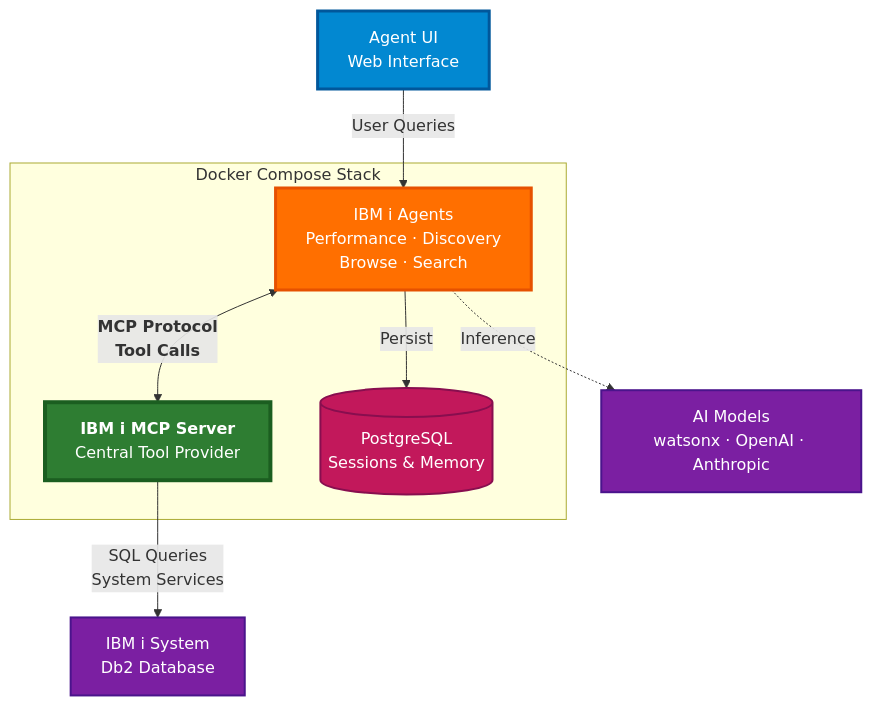
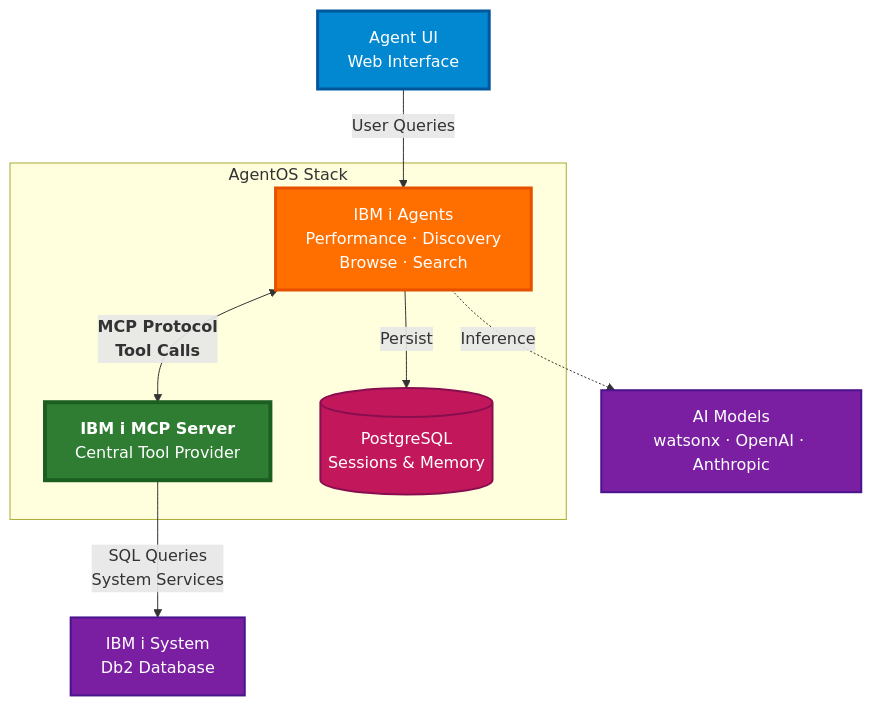
Before and after one commit to IBM/ibmi-mcp-server: the diagram in agents/docker/ibmi-agent-infra/README.md, drawn with Mermaid.

Commit message:
update README to rename Docker Compose Stack to AgentOS Stack

````diff
--- a/agents/docker/ibmi-agent-infra/README.md
+++ b/agents/docker/ibmi-agent-infra/README.md
@@ -7,32 +7,32 @@
 ```mermaid
 graph TB
     UI[Agent UI<br/>Web Interface]
 
-    subgraph "Docker Compose Stack"
+    subgraph "AgentOS Stack"
         Agents[IBM i Agents<br/>Performance · Discovery<br/>Browse · Search]
         MCP[<b>IBM i MCP Server</b><br/>Central Tool Provider]
         DB[(PostgreSQL<br/>Sessions & Memory)]
     end
 
     LLM[AI Models<br/>watsonx · OpenAI · Anthropic]
     IBM_i[IBM i System<br/>Db2 Database]
 
     UI -->|User Queries| Agents
     Agents <-->|<b>MCP Protocol</b><br/><b>Tool Calls</b>| MCP
     Agents -.->|Inference| LLM
     Agents -->|Persist| DB
     MCP -->|SQL Queries<br/>System Services| IBM_i
 
     %% Styling with better contrast
     classDef ui fill:#0288d1,stroke:#01579b,stroke-width:3px,color:#fff
     classDef agents fill:#ff6f00,stroke:#e65100,stroke-width:3px,color:#fff
     classDef mcp fill:#2e7d32,stroke:#1b5e20,stroke-width:4px,color:#fff
     classDef external fill:#7b1fa2,stroke:#4a148c,stroke-width:2px,color:#fff
     classDef database fill:#c2185b,stroke:#880e4f,stroke-width:2px,color:#fff
 
     class UI ui
     class Agents agents
     class MCP mcp
     class LLM,IBM_i external
     class DB database
 ```
````
